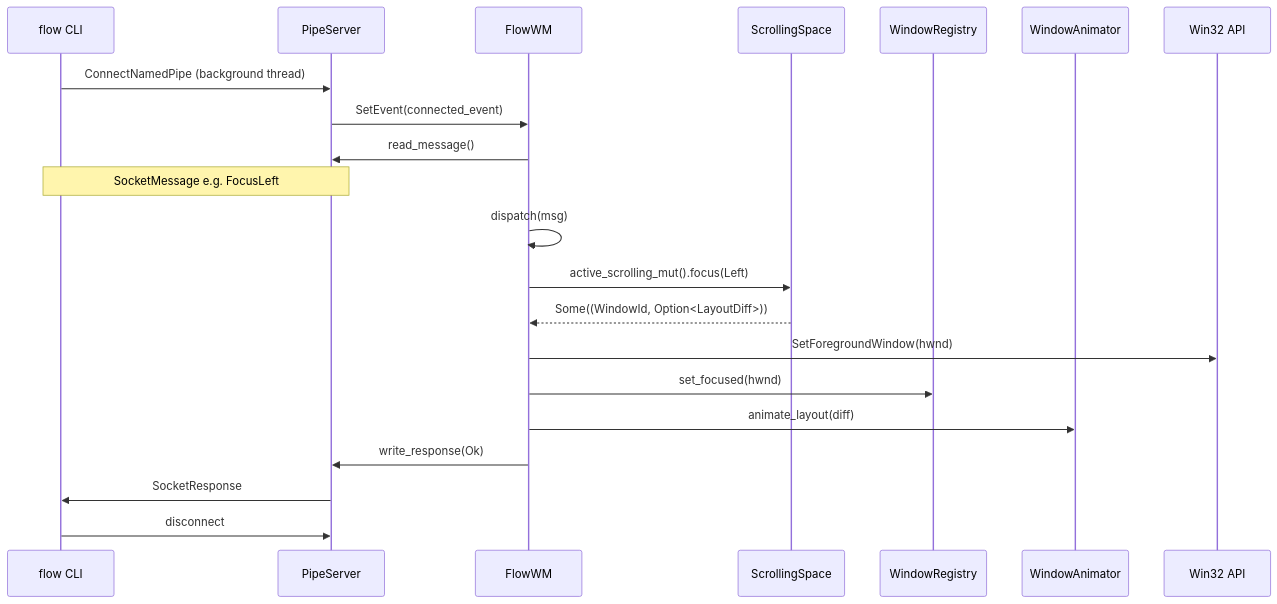
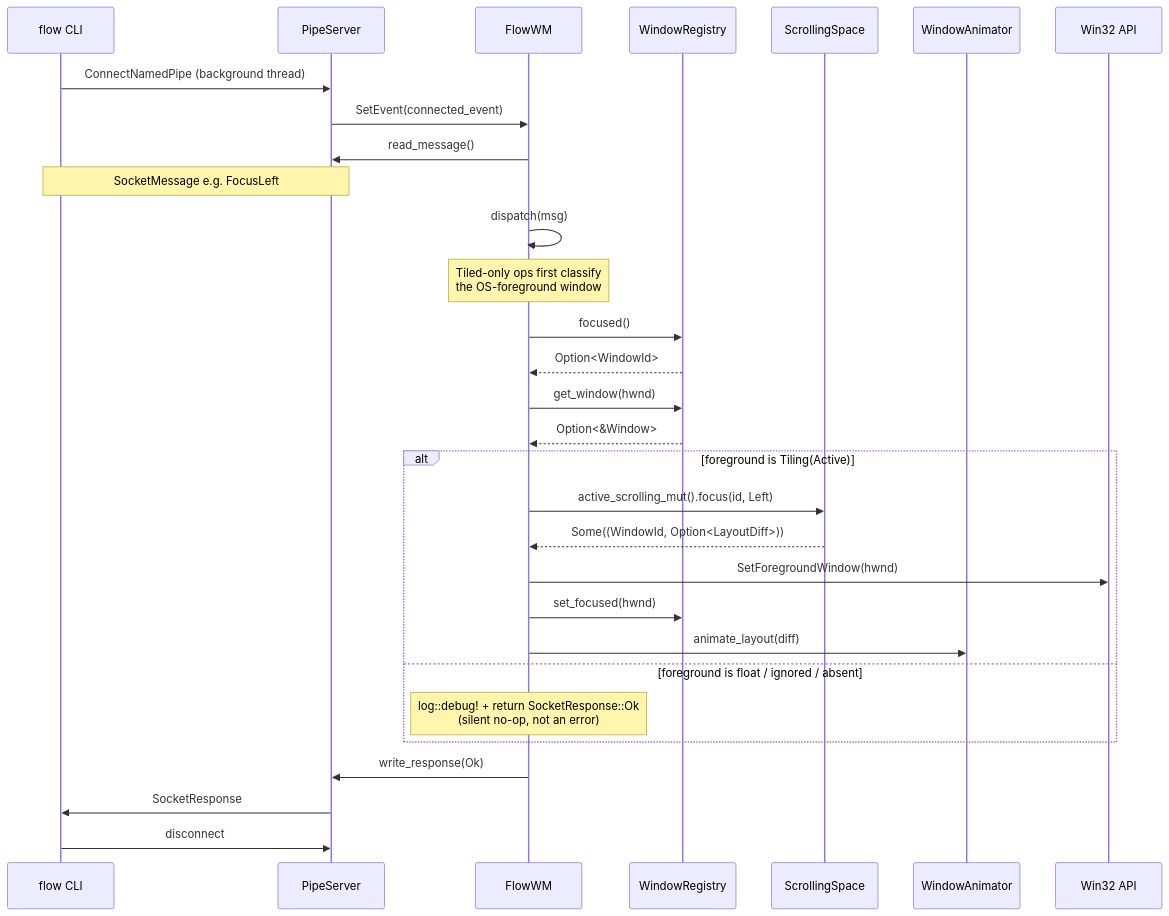
One commit to CCpcalvin/flow-wm changed the second of 2 diagrams in docs/src/dev-guide/event-pipelines.md. Above: the diagram before and after it, drawn with Mermaid. The commit also changed other lines of this file and 8 other files, not shown here.

First line of the commit message:
fix: resolve tiled-only ops from OS foreground, no-op on float

````diff
--- a/docs/src/dev-guide/event-pipelines.md
+++ b/docs/src/dev-guide/event-pipelines.md
@@ -136,24 +136,33 @@
 ```mermaid
 sequenceDiagram
     participant CLI as flow CLI
     participant Pipe as PipeServer
     participant flow as FlowWM
+    participant Reg as WindowRegistry
     participant Layout as ScrollingSpace
-    participant Reg as WindowRegistry
     participant Anim as WindowAnimator
     participant Win32 as Win32 API
 
     CLI->>Pipe: ConnectNamedPipe (background thread)
     Pipe->>flow: SetEvent(connected_event)
     flow->>Pipe: read_message()
     Note over CLI,Pipe: SocketMessage e.g. FocusLeft
     flow->>flow: dispatch(msg)
-    flow->>Layout: active_scrolling_mut().focus(Left)
-    Layout-->>flow: Some((WindowId, Option<LayoutDiff>))
-    flow->>Win32: SetForegroundWindow(hwnd)
-    flow->>Reg: set_focused(hwnd)
-    flow->>Anim: animate_layout(diff)
+    Note over flow: Tiled-only ops first classify<br/>the OS-foreground window
+    flow->>Reg: focused()
+    Reg-->>flow: Option<WindowId>
+    flow->>Reg: get_window(hwnd)
+    Reg-->>flow: Option<&Window>
+    alt foreground is Tiling(Active)
+        flow->>Layout: active_scrolling_mut().focus(id, Left)
+        Layout-->>flow: Some((WindowId, Option<LayoutDiff>))
+        flow->>Win32: SetForegroundWindow(hwnd)
+        flow->>Reg: set_focused(hwnd)
+        flow->>Anim: animate_layout(diff)
+    else foreground is float / ignored / absent
+        Note over flow: log::debug! + return SocketResponse::Ok<br/>(silent no-op, not an error)
+    end
     flow->>Pipe: write_response(Ok)
     Pipe->>CLI: SocketResponse
     CLI->>Pipe: disconnect
 ```
````
